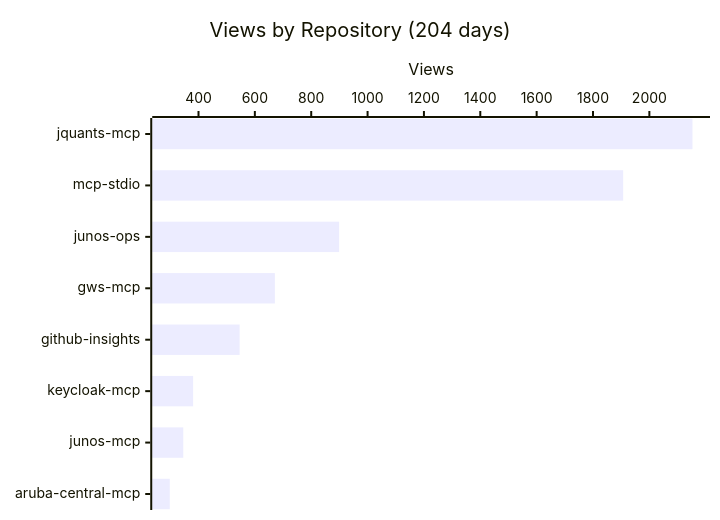
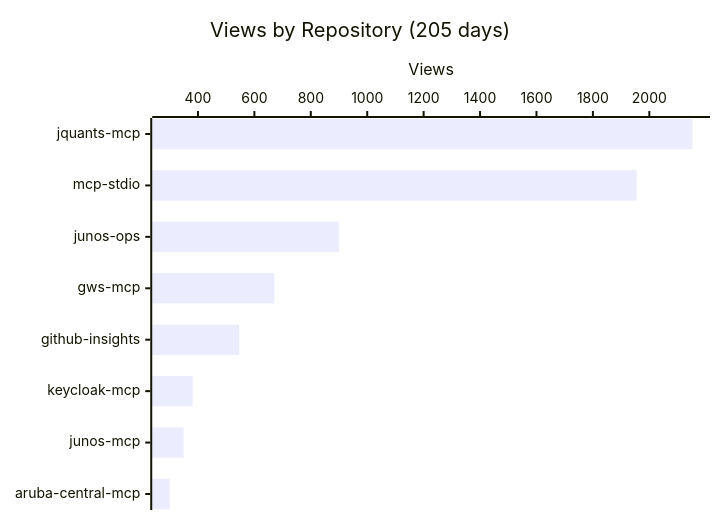
The first of 4 diagrams in README.md (shigechika/github-insights), drawn with Mermaid before and after one commit. The commit also changed other lines of this file and 2 other files, not shown here.

````diff
--- a/README.md
+++ b/README.md
@@ -18,7 +18,7 @@
 ```mermaid
 xychart-beta horizontal
-    title "Views by Repository (204 days)"
+    title "Views by Repository (205 days)"
     x-axis ["jquants-mcp", "mcp-stdio", "junos-ops", "gws-mcp", "github-insights", "keycloak-mcp", "junos-mcp", "aruba-central-mcp"]
     y-axis "Views"
-    bar [2153, 1907, 899, 671, 546, 381, 346, 298]
+    bar [2153, 1955, 900, 671, 546, 381, 349, 300]
 ```
````
